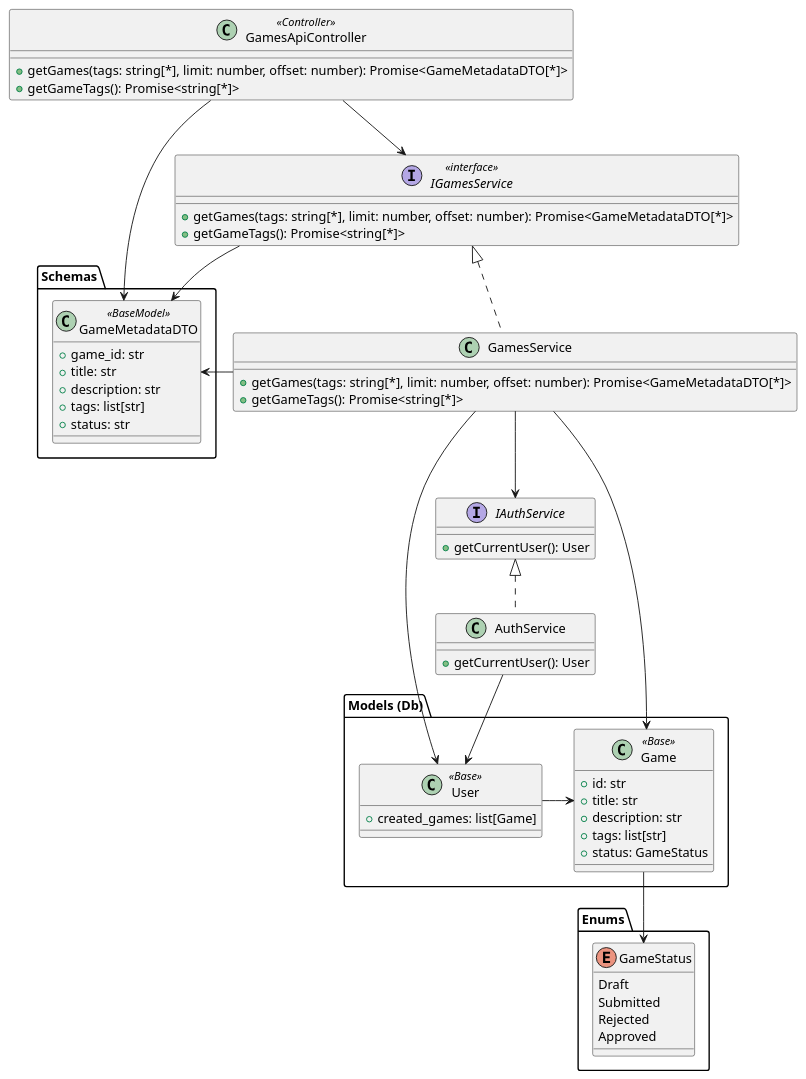
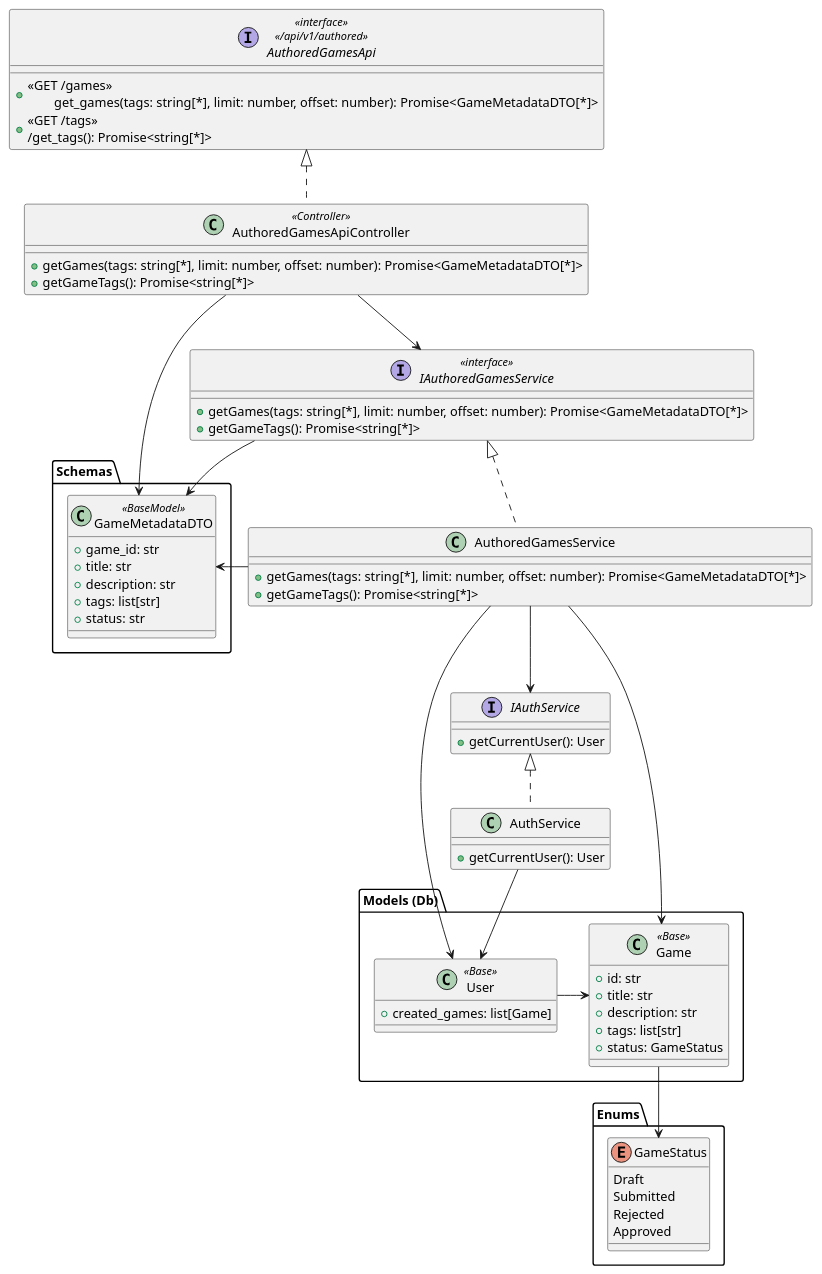
One commit to Igor-Ochocki/POP-2026Z changed the diagram in diagrams/backend/authors-game-list.md. Above: the diagram before and after it, drawn with PlantUML. The commit also changed other lines of this file and 1 other file, not shown here.

Commit message:
Kontroler teraz implementuje API

```diff
--- a/diagrams/backend/authors-game-list.md
+++ b/diagrams/backend/authors-game-list.md
@@ -1,70 +1,75 @@
 @startuml
-interface IGamesService <<interface>> {
+interface AuthoredGamesApi <<interface>>\n<< /api/v1/authored >> {
+    + <<GET /games >>\n\tget_games(tags: string[*], limit: number, offset: number): Promise<GameMetadataDTO[*]>
+    + <<GET /tags >>\n/get_tags(): Promise<string[*]>
+}
+
+class AuthoredGamesApiController <<Controller>> implements AuthoredGamesApi {
     +getGames(tags: string[*], limit: number, offset: number): Promise<GameMetadataDTO[*]>
     +getGameTags(): Promise<string[*]>
 }
 
-class GamesApiController <<Controller>> {
-    +getGames(tags: string[*], limit: number, offset: number): Promise<GameMetadataDTO[*]>
-    +getGameTags(): Promise<string[*]>
-}
-
-class GamesService implements IGamesService {
+class AuthoredGamesService implements IAuthoredGamesService {
     +getGames(tags: string[*], limit: number, offset: number): Promise<GameMetadataDTO[*]>
     +getGameTags(): Promise<string[*]>
 }
 
 interface IAuthService {
     + getCurrentUser(): User
 }
 
 class AuthService implements IAuthService {
     + getCurrentUser(): User
 }
 
 
 package "Models (Db)" as models {
     class Game <<Base>> {
         + id: str
         + title: str
         + description: str
         + tags: list[str]
         + status: GameStatus
     }
     
     class User <<Base>> {
         + created_games: list[Game]
     }
 }
 
+interface IAuthoredGamesService <<interface>> {
+    +getGames(tags: string[*], limit: number, offset: number): Promise<GameMetadataDTO[*]>
+    +getGameTags(): Promise<string[*]>
+}
+
 package "Enums"{
     enum GameStatus {
         Draft
         Submitted
         Rejected
         Approved
     }
 }
 
 package "Schemas" {
     class GameMetadataDTO <<BaseModel>> {
         + game_id: str
         + title: str
         + description: str
         + tags: list[str]
         + status: str
     }
 }
 
-GamesApiController --> IGamesService
+AuthoredGamesApiController --> IAuthoredGamesService
 User -> Game
 Game --> GameStatus
-GamesApiController -> GameMetadataDTO
-IGamesService -> GameMetadataDTO
-GamesService -> GameMetadataDTO
-GamesService --> IAuthService
-GamesService --> User
+AuthoredGamesApiController -> GameMetadataDTO
+IAuthoredGamesService -> GameMetadataDTO
+AuthoredGamesService -> GameMetadataDTO
+AuthoredGamesService --> IAuthService
+AuthoredGamesService --> User
 AuthService --> User
-GamesService --> Game
+AuthoredGamesService --> Game
 
 @enduml
```
